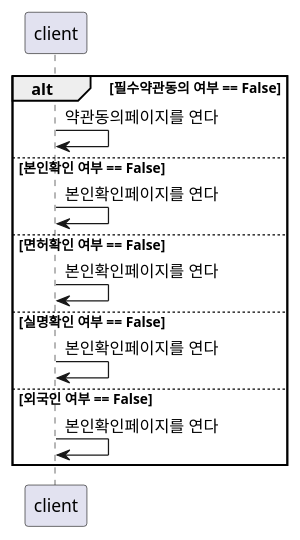
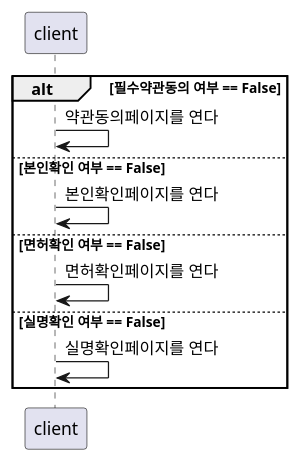
Before and after one commit to junhoo-barogo/junhoo-barogo.github.io: the diagram in uml/rider_certify/check_routine.puml, drawn with PlantUML. The commit also changed 5 other files, not shown here.

```diff
--- a/uml/rider_certify/check_routine.puml
+++ b/uml/rider_certify/check_routine.puml
@@ -1,12 +1,10 @@
 
 alt 필수약관동의 여부 == False
     client -> client : 약관동의페이지를 연다
 else 본인확인 여부 == False
     client -> client : 본인확인페이지를 연다
 else 면허확인 여부 == False
-    client -> client : 본인확인페이지를 연다
+    client -> client : 면허확인페이지를 연다
 else 실명확인 여부 == False
-    client -> client : 본인확인페이지를 연다
-else 외국인 여부 == False
-    client -> client : 본인확인페이지를 연다
+    client -> client : 실명확인페이지를 연다
 end 
```
